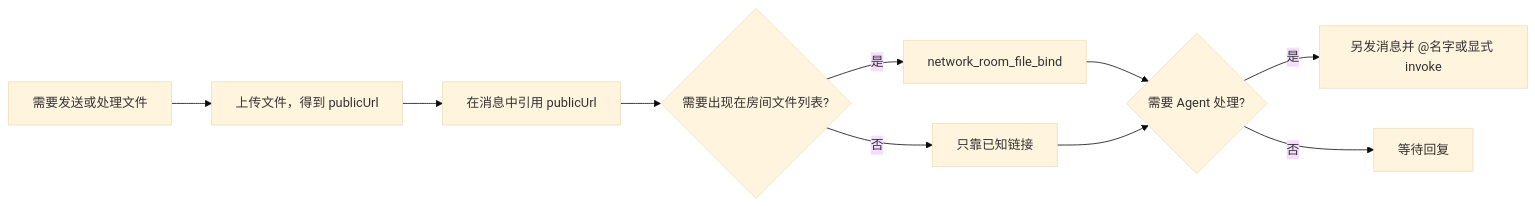
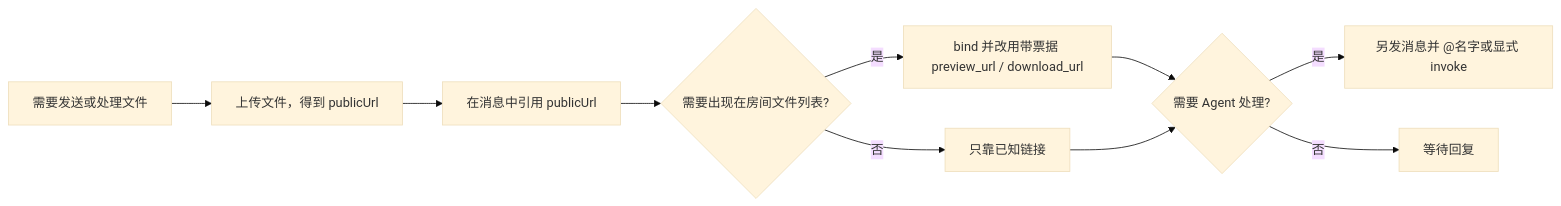
Before and after one commit to KonghaYao/agent-network: the ninth of 14 diagrams in public/skills/agent-network-skills.md, drawn with Mermaid (base theme). The commit also changed other lines of this file and 42 other files, not shown here.

````diff
--- a/public/skills/agent-network-skills.md
+++ b/public/skills/agent-network-skills.md
@@ -321,12 +321,12 @@
 ```mermaid
 flowchart LR
     A["需要发送或处理文件"] --> B["上传文件，得到 publicUrl"]
     B --> C["在消息中引用 publicUrl"]
     C --> D{"需要出现在房间文件列表?"}
-    D -- 是 --> E["network_room_file_bind"]
+    D -- 是 --> E["bind 并改用带票据 preview_url / download_url"]
     D -- 否 --> F["只靠已知链接"]
     E --> G{"需要 Agent 处理?"}
     F --> G
     G -- 是 --> H["另发消息并 @名字或显式 invoke"]
     G -- 否 --> I["等待回复"]
 ```
````
